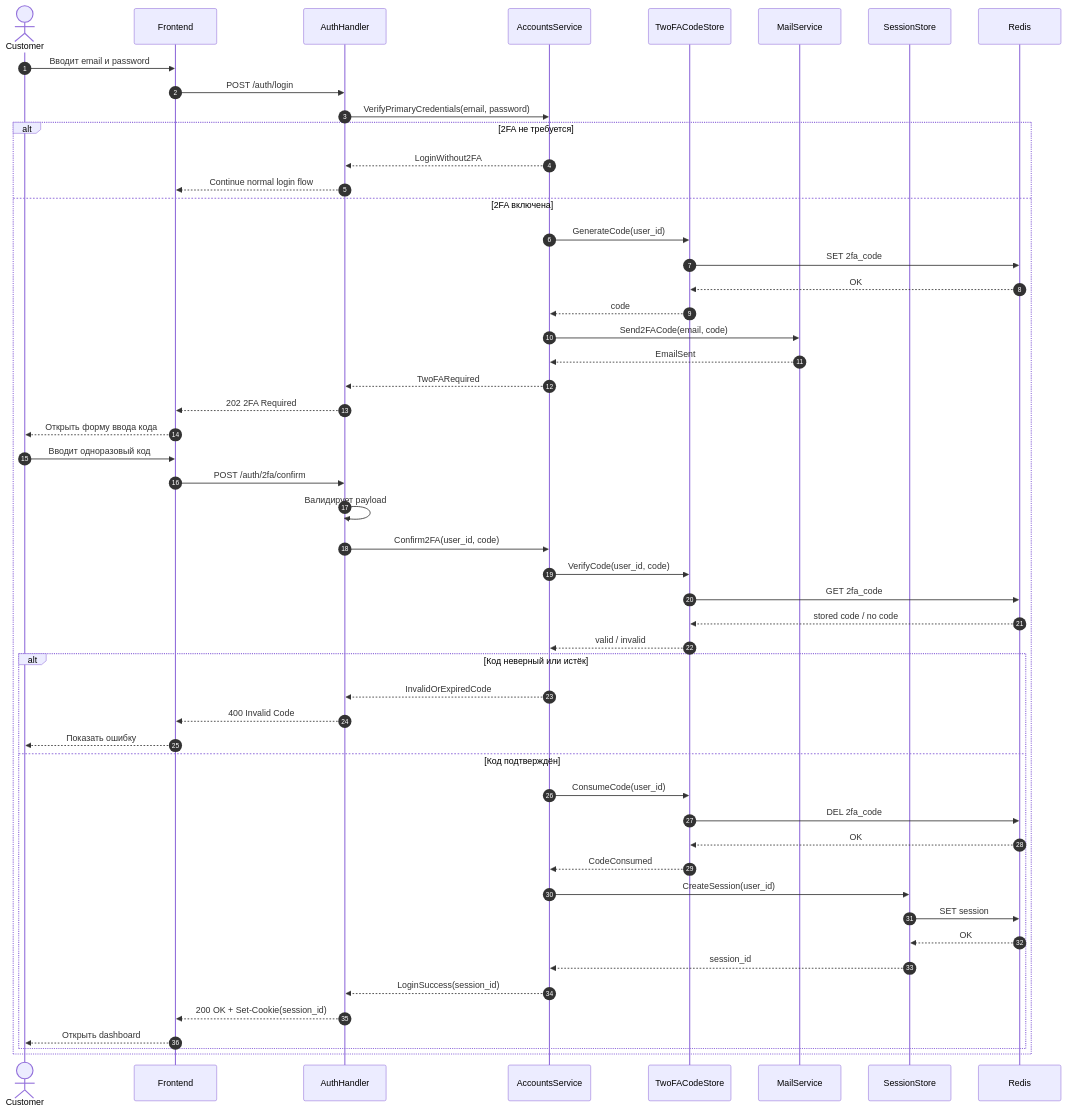
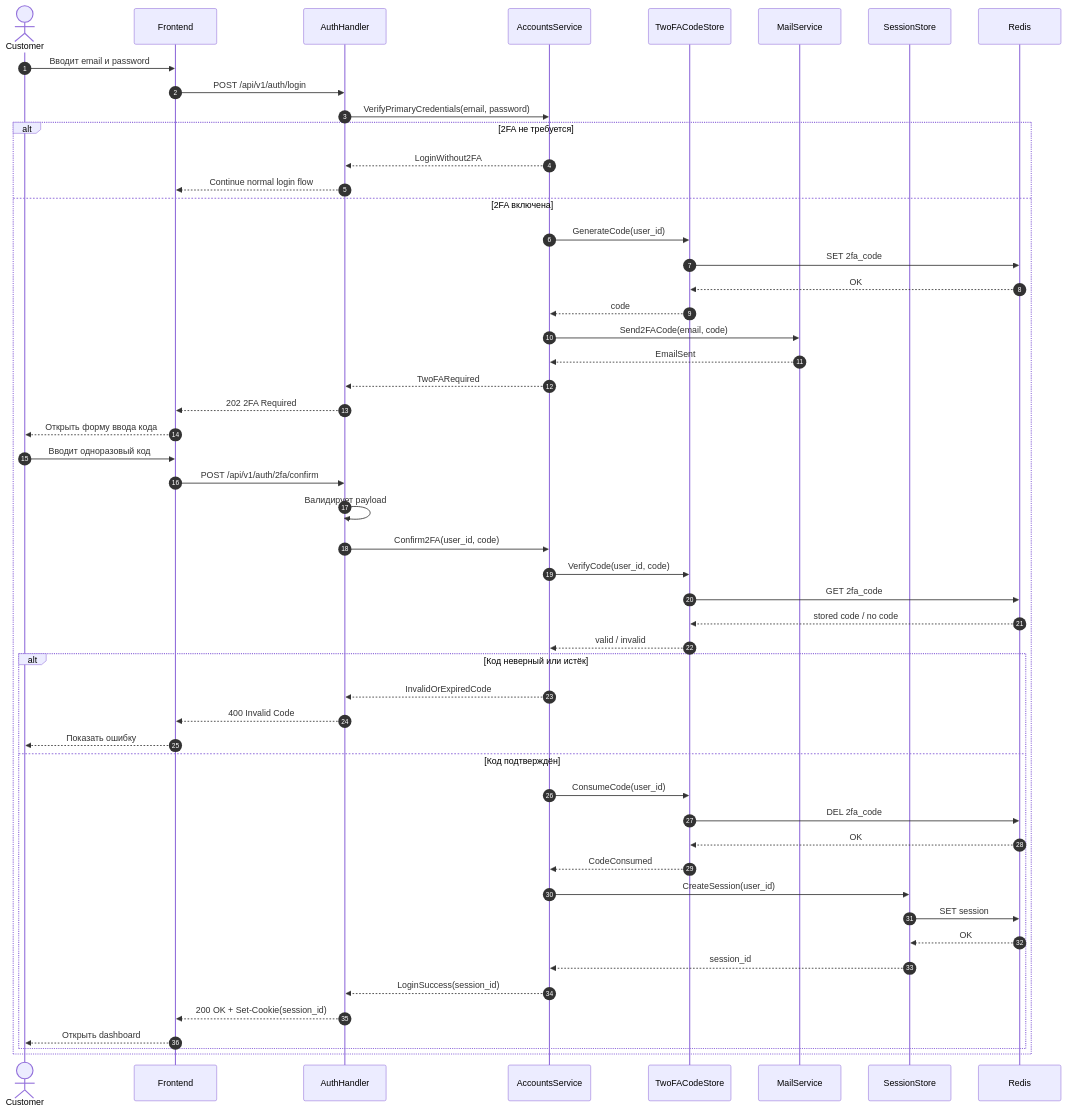
Before and after one commit to k3llone/TrackLink: the diagram in docs/Sequence/SD-07.md, drawn with Mermaid. The commit also changed other lines of this file and 33 other files, not shown here.

````diff
--- a/docs/Sequence/SD-07.md
+++ b/docs/Sequence/SD-07.md
@@ -3,65 +5,65 @@
 ```mermaid
 sequenceDiagram
     autonumber
 
     actor Customer
     participant FE as Frontend
     participant AH as AuthHandler
     participant AS as AccountsService
     participant CS as TwoFACodeStore
     participant MS as MailService
     participant SS as SessionStore
     participant RD as Redis
 
     Customer->>FE: Вводит email и password
-    FE->>AH: POST /auth/login
+    FE->>AH: POST /api/v1/auth/login
     AH->>AS: VerifyPrimaryCredentials(email, password)
 
     alt 2FA не требуется
         AS-->>AH: LoginWithout2FA
         AH-->>FE: Continue normal login flow
     else 2FA включена
         AS->>CS: GenerateCode(user_id)
         CS->>RD: SET 2fa_code
         RD-->>CS: OK
         CS-->>AS: code
 
         AS->>MS: Send2FACode(email, code)
         MS-->>AS: EmailSent
 
         AS-->>AH: TwoFARequired
         AH-->>FE: 202 2FA Required
         FE-->>Customer: Открыть форму ввода кода
 
         Customer->>FE: Вводит одноразовый код
-        FE->>AH: POST /auth/2fa/confirm
+        FE->>AH: POST /api/v1/auth/2fa/confirm
 
         AH->>AH: Валидирует payload
         AH->>AS: Confirm2FA(user_id, code)
 
         AS->>CS: VerifyCode(user_id, code)
         CS->>RD: GET 2fa_code
         RD-->>CS: stored code / no code
         CS-->>AS: valid / invalid
 
         alt Код неверный или истёк
             AS-->>AH: InvalidOrExpiredCode
             AH-->>FE: 400 Invalid Code
             FE-->>Customer: Показать ошибку
         else Код подтверждён
             AS->>CS: ConsumeCode(user_id)
             CS->>RD: DEL 2fa_code
             RD-->>CS: OK
             CS-->>AS: CodeConsumed
 
             AS->>SS: CreateSession(user_id)
             SS->>RD: SET session
             RD-->>SS: OK
             SS-->>AS: session_id
 
             AS-->>AH: LoginSuccess(session_id)
             AH-->>FE: 200 OK + Set-Cookie(session_id)
             FE-->>Customer: Открыть dashboard
         end
     end
 ```
````
